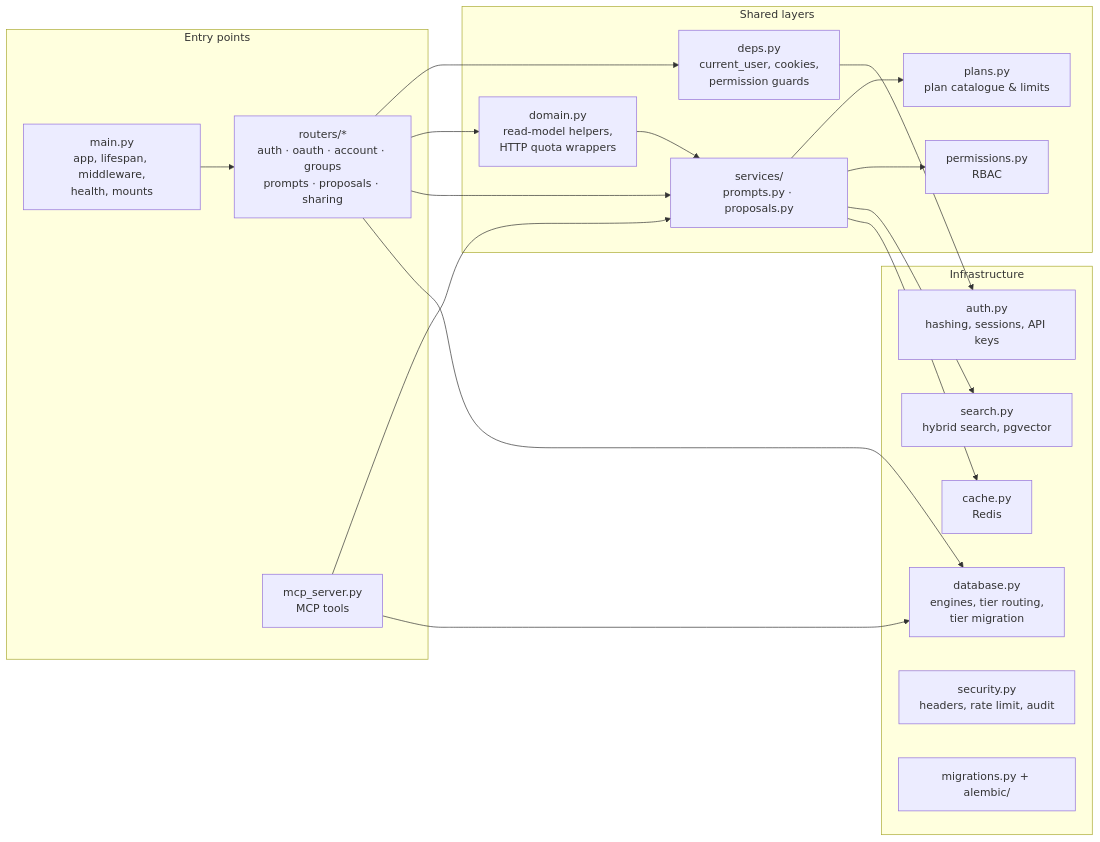
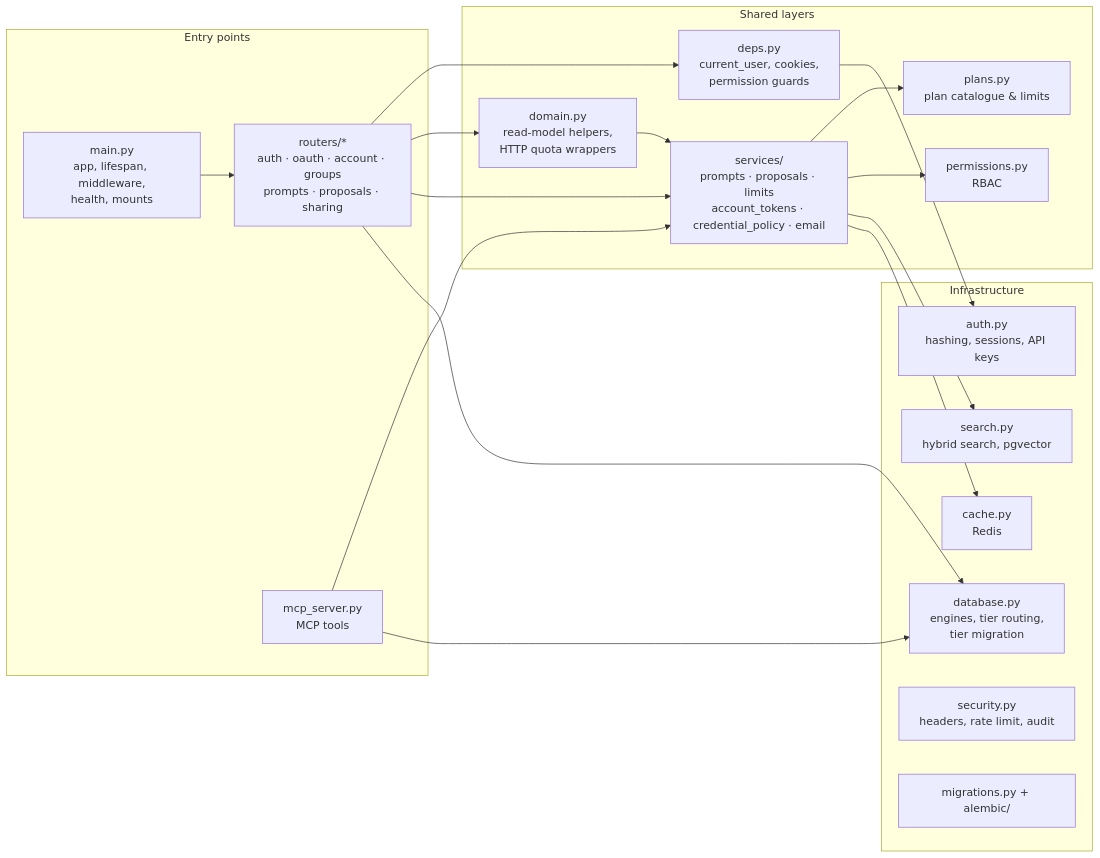
One commit to TashfikS/prompt-vault-mcp changed the second of 4 diagrams in ARCHITECTURE.md. Above: the diagram before and after it, drawn with Mermaid. The commit also changed other lines of this file and 17 other files, not shown here.

````diff
--- a/ARCHITECTURE.md
+++ b/ARCHITECTURE.md
@@ -64,37 +66,37 @@
 ```mermaid
 flowchart LR
     subgraph Entry["Entry points"]
         Main["main.py<br/>app, lifespan, middleware,<br/>health, mounts"]
         Routers["routers/*<br/>auth · oauth · account · groups<br/>prompts · proposals · sharing"]
         MCP["mcp_server.py<br/>MCP tools"]
     end
     subgraph Shared["Shared layers"]
         Deps["deps.py<br/>current_user, cookies,<br/>permission guards"]
         Domain["domain.py<br/>read-model helpers,<br/>HTTP quota wrappers"]
-        Services["services/<br/>prompts.py · proposals.py"]
+        Services["services/<br/>prompts · proposals · limits<br/>account_tokens · credential_policy · email"]
         Plans["plans.py<br/>plan catalogue & limits"]
         Perms["permissions.py<br/>RBAC"]
     end
     subgraph Infra["Infrastructure"]
         DB["database.py<br/>engines, tier routing,<br/>tier migration"]
         Auth["auth.py<br/>hashing, sessions, API keys"]
         Search["search.py<br/>hybrid search, pgvector"]
         Cache["cache.py<br/>Redis"]
         Sec["security.py<br/>headers, rate limit, audit"]
         Mig["migrations.py + alembic/"]
     end
 
     Main --> Routers
     Routers --> Deps
     Routers --> Domain
     Routers --> Services
     MCP --> Services
     Services --> Plans
     Services --> Perms
     Services --> Search
     Services --> Cache
     Domain --> Services
     Deps --> Auth
     Routers --> DB
     MCP --> DB
 ```
````
